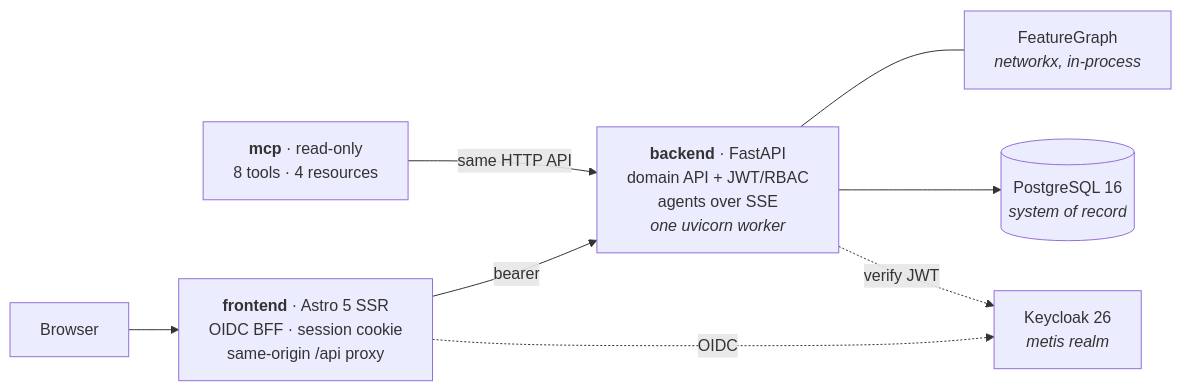
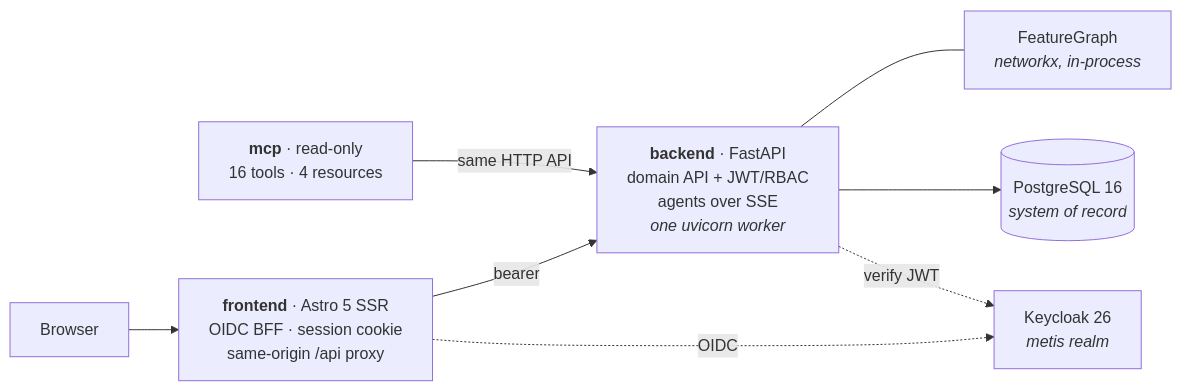
Before and after one commit to jechocarlos404/metis: the fourth of 4 diagrams in README.md, drawn with Mermaid. The commit also changed other lines of this file, not shown here.

Commit message:
docs(readme): MCP serves the portfolio owner's agents; link docs/mcp.md

````diff
--- a/README.md
+++ b/README.md
@@ -253,10 +253,10 @@
 ```mermaid
 flowchart LR
   U["Browser"] --> FE["<b>frontend</b> · Astro 5 SSR<br/>OIDC BFF · session cookie<br/>same-origin /api proxy"]
   FE -->|bearer| API["<b>backend</b> · FastAPI<br/>domain API + JWT/RBAC<br/>agents over SSE<br/><i>one uvicorn worker</i>"]
-  MCPS["<b>mcp</b> · read-only<br/>8 tools · 4 resources"] -->|"same HTTP API"| API
+  MCPS["<b>mcp</b> · read-only<br/>16 tools · 4 resources"] -->|"same HTTP API"| API
   API --- GR["FeatureGraph<br/><i>networkx, in-process</i>"]
   API --> DB[("PostgreSQL 16<br/><i>system of record</i>")]
   FE -.->|OIDC| KC["Keycloak 26<br/><i>metis realm</i>"]
   API -.->|verify JWT| KC
 ```
````
